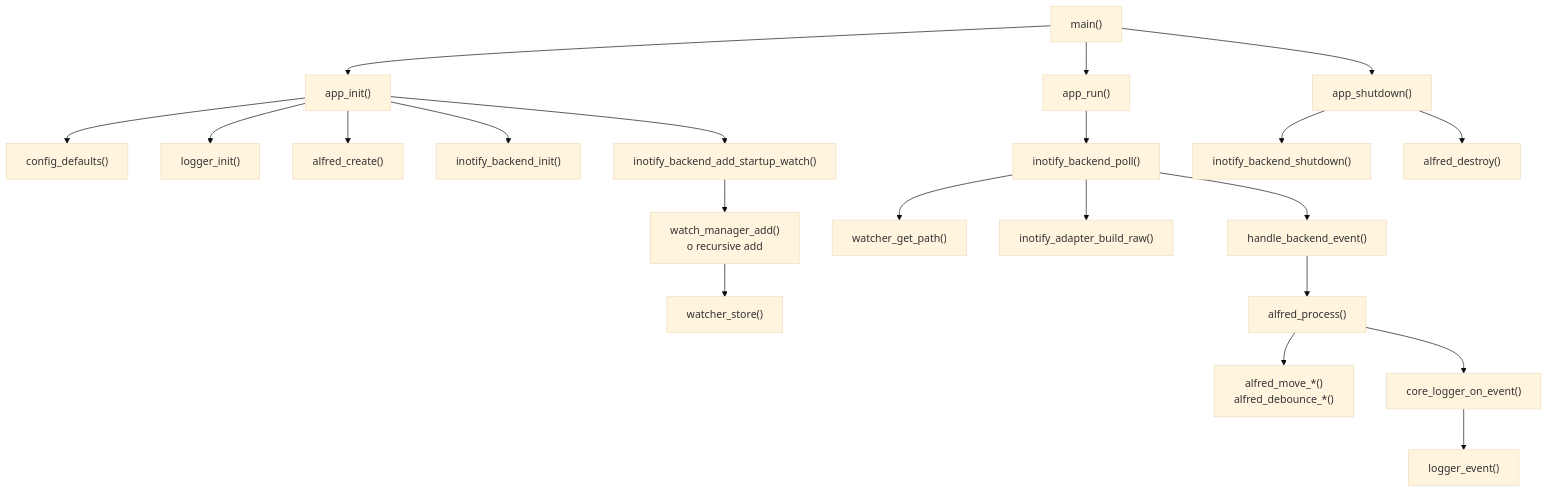
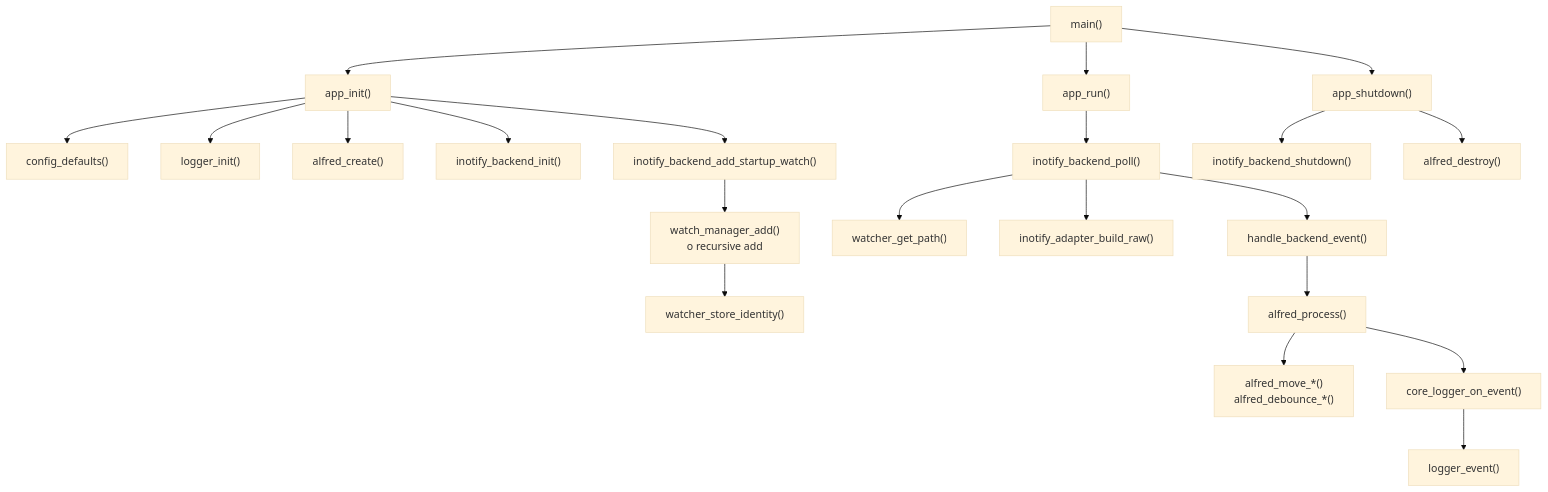
One commit to kinderp/alfred changed the second of 17 diagrams in docs/it/16-mappa-codice-e-strutture.md. Above: the diagram before and after it, drawn with Mermaid (base theme). The commit also changed other lines of this file and 11 other files, not shown here.

````diff
--- a/docs/it/16-mappa-codice-e-strutture.md
+++ b/docs/it/16-mappa-codice-e-strutture.md
@@ -50,23 +50,23 @@
 ```mermaid
 flowchart TD
     A["main()"] --> B["app_init()"]
     B --> C["config_defaults()"]
     B --> D["logger_init()"]
     B --> E["alfred_create()"]
     B --> F["inotify_backend_init()"]
     B --> G["inotify_backend_add_startup_watch()"]
     G --> H["watch_manager_add()<br/>o recursive add"]
-    H --> I["watcher_store()"]
+    H --> I["watcher_store_identity()"]
     A --> L["app_run()"]
     L --> M["inotify_backend_poll()"]
     M --> N["watcher_get_path()"]
     M --> O["inotify_adapter_build_raw()"]
     M --> P["handle_backend_event()"]
     P --> Q["alfred_process()"]
     Q --> R["alfred_move_*()<br/>alfred_debounce_*()"]
     Q --> S["core_logger_on_event()"]
     S --> T["logger_event()"]
     A --> U["app_shutdown()"]
     U --> V["inotify_backend_shutdown()"]
     U --> Z["alfred_destroy()"]
 ```
````
